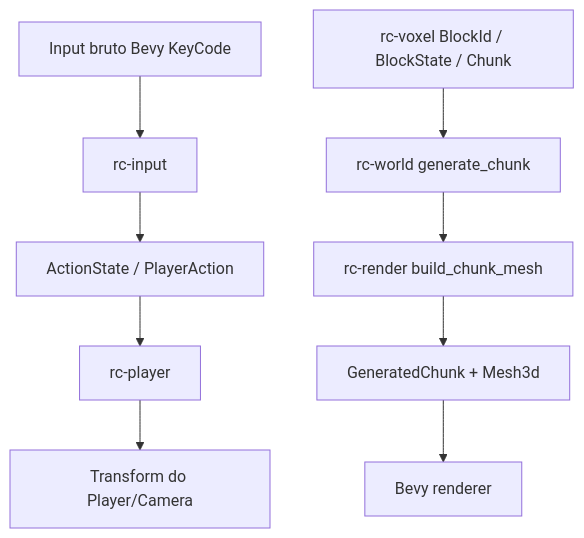
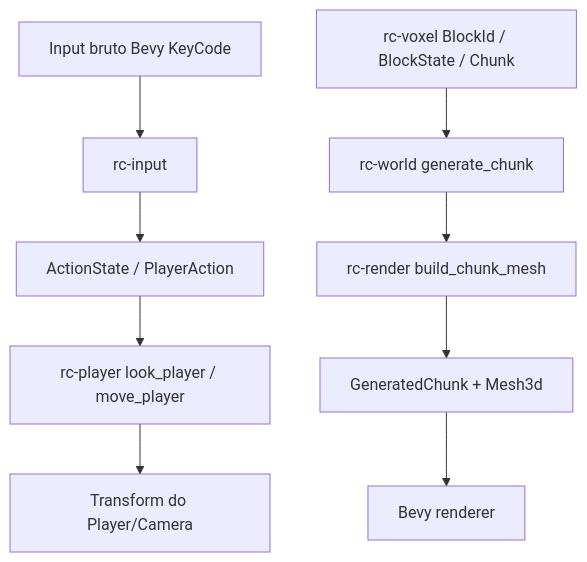
The diagram in ARCHITECTURE.md (vinnicostaa/rustcraft), drawn with Mermaid before and after one commit. The commit also changed other lines of this file and 10 other files, not shown here.

Commit message:
feat: Document player look and chunk map

````diff
--- a/ARCHITECTURE.md
+++ b/ARCHITECTURE.md
@@ -22,12 +22,12 @@
 ```mermaid
 graph TD
     A[Input bruto Bevy KeyCode] --> B[rc-input]
     B --> C[ActionState / PlayerAction]
-    C --> D[rc-player]
+    C --> D[rc-player look_player / move_player]
     D --> E[Transform do Player/Camera]
 
     J[rc-voxel BlockId / BlockState / Chunk] --> H[rc-world generate_chunk]
     H --> I[rc-render build_chunk_mesh]
     I --> K[GeneratedChunk + Mesh3d]
     K --> L[Bevy renderer]
 ```
````
